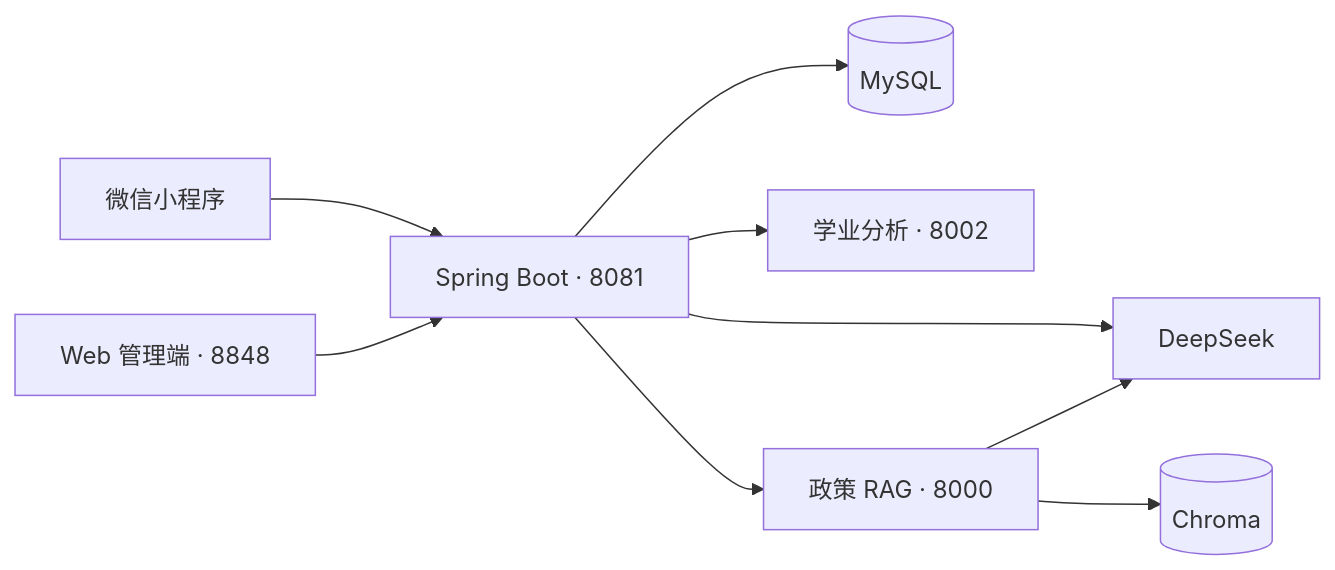
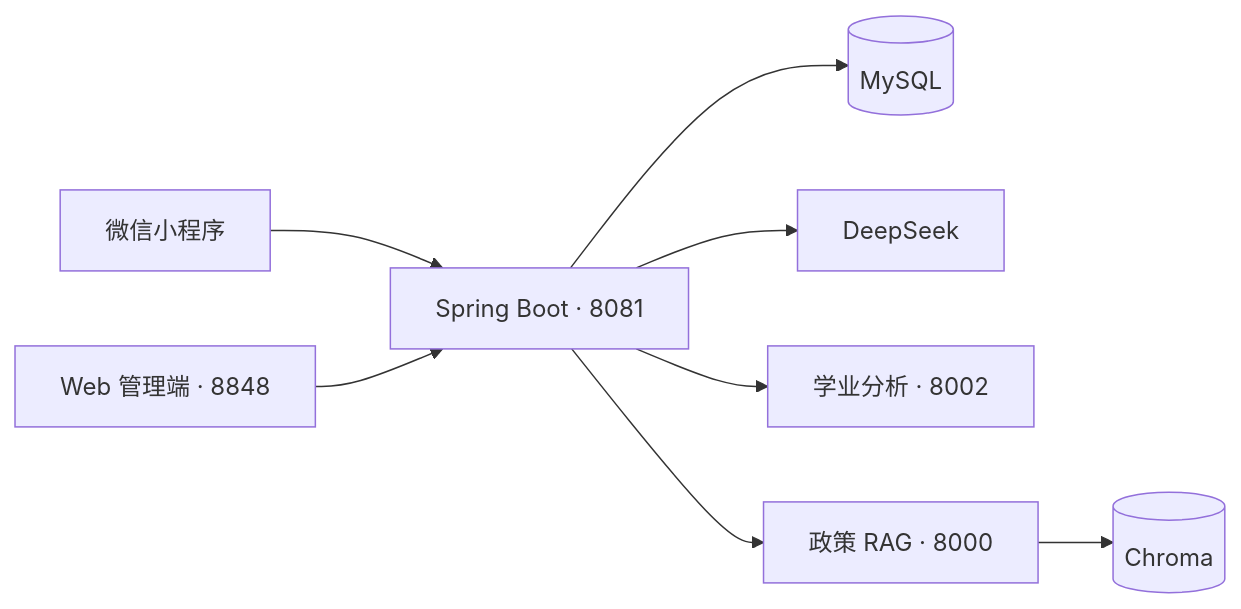
Before and after one commit to lzyruc/student-service-platform: the diagram in README.md, drawn with Mermaid. The commit also changed other lines of this file and 73 other files, not shown here.

````diff
--- a/README.md
+++ b/README.md
@@ -34,11 +35,10 @@
 ```mermaid
 flowchart LR
     Mini[微信小程序] --> Java[Spring Boot · 8081]
     Web[Web 管理端 · 8848] --> Java
     Java --> DB[(MySQL)]
     Java --> LLM[DeepSeek]
     Java --> Academic[学业分析 · 8002]
     Java --> RAG[政策 RAG · 8000]
     RAG --> Chroma[(Chroma)]
-    RAG --> LLM
 ```
````
